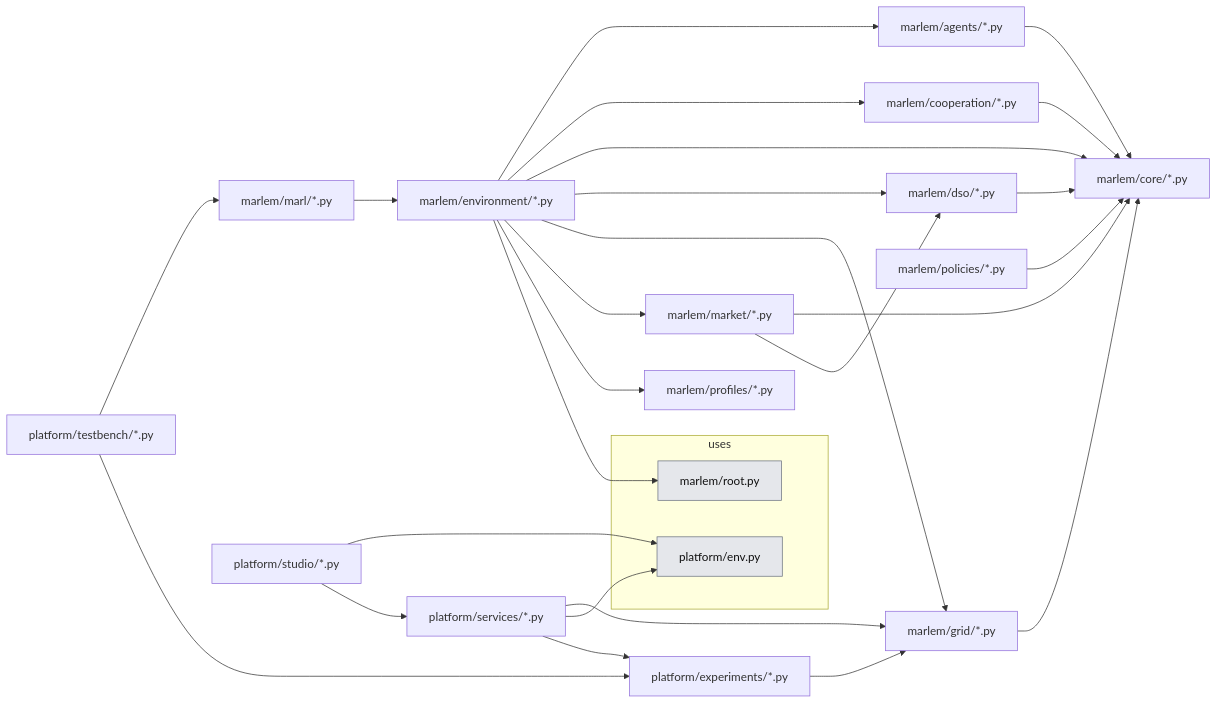
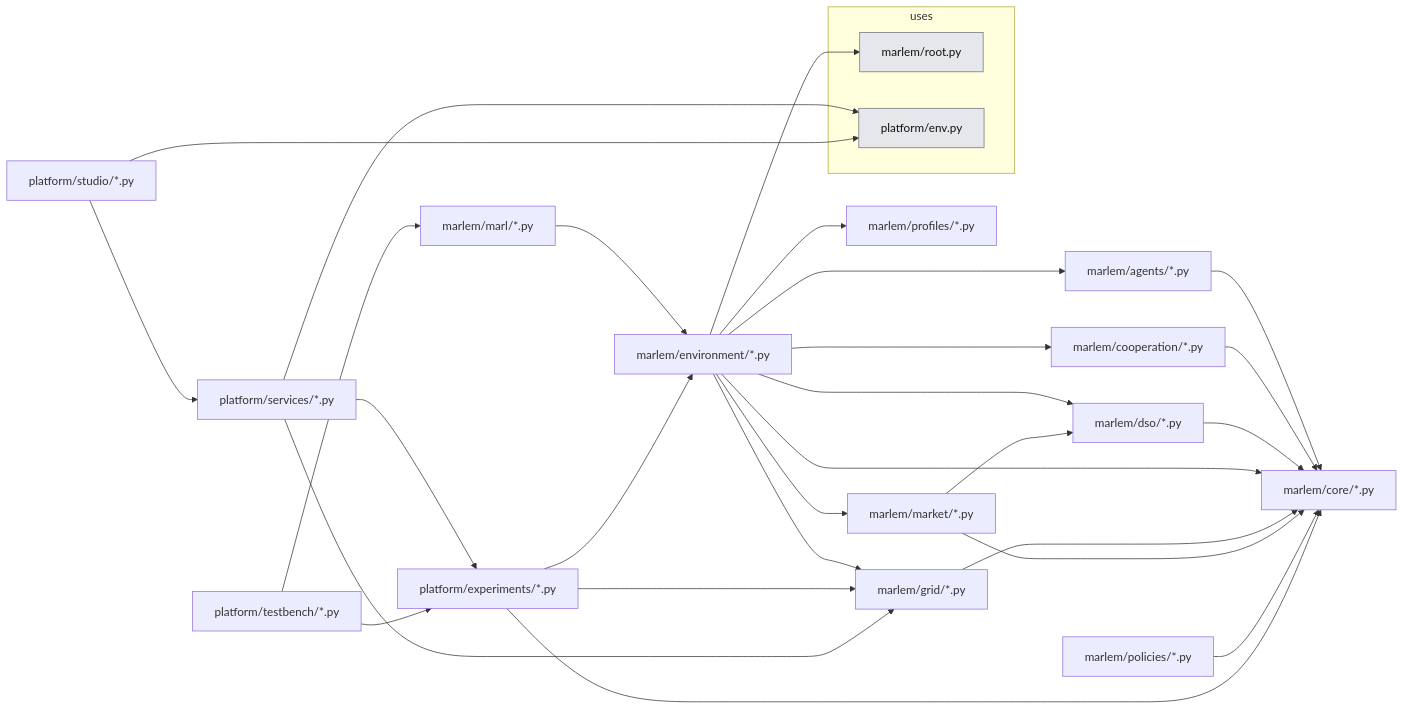
One commit to KevinRapo/P2P-thesis changed the second of 2 diagrams in src_thesis/README.md. Above: the diagram before and after it, drawn with Mermaid. The commit also changed 11 other files, not shown here.

````diff
--- a/src_thesis/README.md
+++ b/src_thesis/README.md
@@ -89,46 +89,48 @@
 ```mermaid
 flowchart LR
   n_marlem_agents__["marlem/agents/*.py"]
   n_marlem_cooperation__["marlem/cooperation/*.py"]
   n_marlem_core__["marlem/core/*.py"]
   n_marlem_dso__["marlem/dso/*.py"]
   n_marlem_environment__["marlem/environment/*.py"]
   n_marlem_grid__["marlem/grid/*.py"]
   n_marlem_market__["marlem/market/*.py"]
   n_marlem_marl__["marlem/marl/*.py"]
   n_marlem_policies__["marlem/policies/*.py"]
   n_marlem_profiles__["marlem/profiles/*.py"]
   n_platform_experiments__["platform/experiments/*.py"]
   n_platform_services__["platform/services/*.py"]
   n_platform_studio__["platform/studio/*.py"]
   n_platform_testbench__["platform/testbench/*.py"]
   subgraph USES["uses"]
     n_marlem_root["marlem/root.py"]:::ext
     n_platform_env["platform/env.py"]:::ext
   end
   n_marlem_agents__ --> n_marlem_core__
   n_marlem_cooperation__ --> n_marlem_core__
   n_marlem_dso__ --> n_marlem_core__
   n_marlem_environment__ --> n_marlem_agents__
   n_marlem_environment__ --> n_marlem_cooperation__
   n_marlem_environment__ --> n_marlem_core__
   n_marlem_environment__ --> n_marlem_dso__
   n_marlem_environment__ --> n_marlem_grid__
   n_marlem_environment__ --> n_marlem_market__
   n_marlem_environment__ --> n_marlem_profiles__
   n_marlem_environment__ --> n_marlem_root
   n_marlem_grid__ --> n_marlem_core__
   n_marlem_market__ --> n_marlem_core__
   n_marlem_market__ --> n_marlem_dso__
   n_marlem_marl__ --> n_marlem_environment__
   n_marlem_policies__ --> n_marlem_core__
+  n_platform_experiments__ --> n_marlem_core__
+  n_platform_experiments__ --> n_marlem_environment__
   n_platform_experiments__ --> n_marlem_grid__
   n_platform_services__ --> n_marlem_grid__
   n_platform_services__ --> n_platform_env
   n_platform_services__ --> n_platform_experiments__
   n_platform_studio__ --> n_platform_env
   n_platform_studio__ --> n_platform_services__
   n_platform_testbench__ --> n_marlem_marl__
   n_platform_testbench__ --> n_platform_experiments__
   classDef ext fill:#e5e7eb,stroke:#6b7280,color:#111
 ```
````
